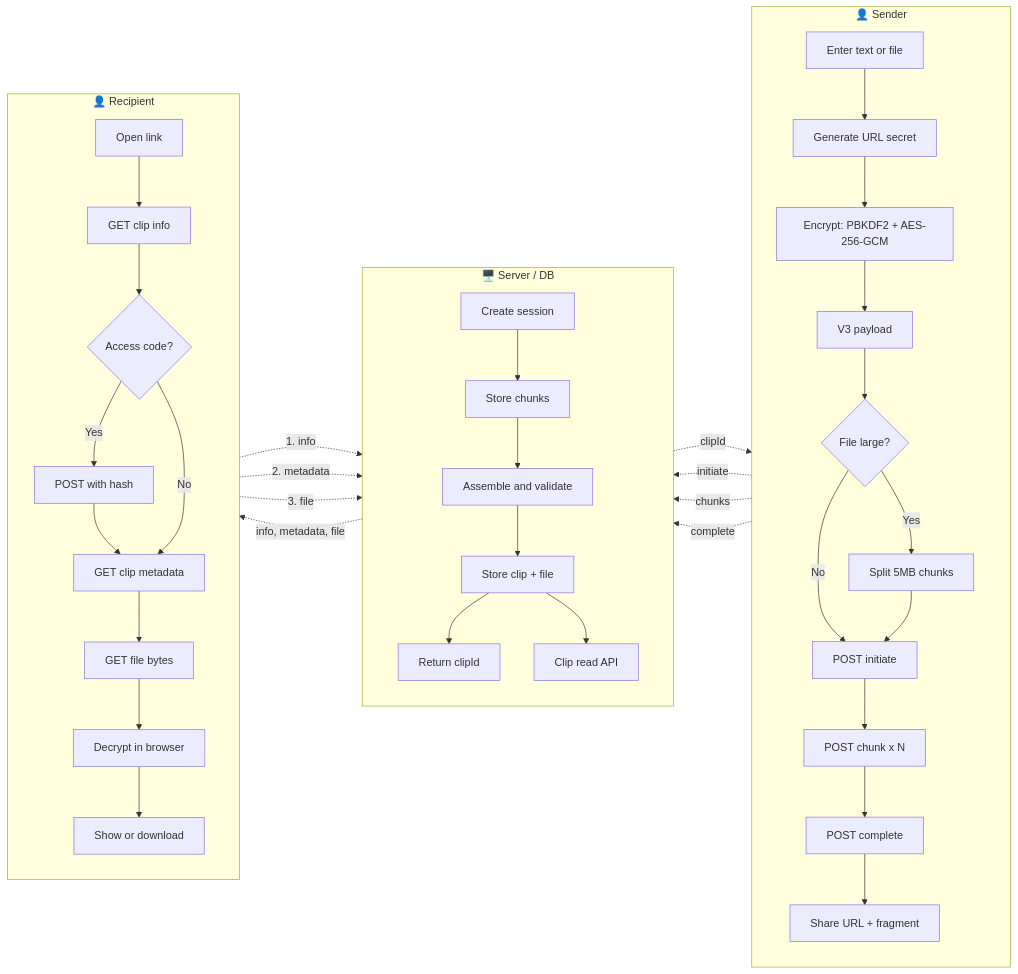
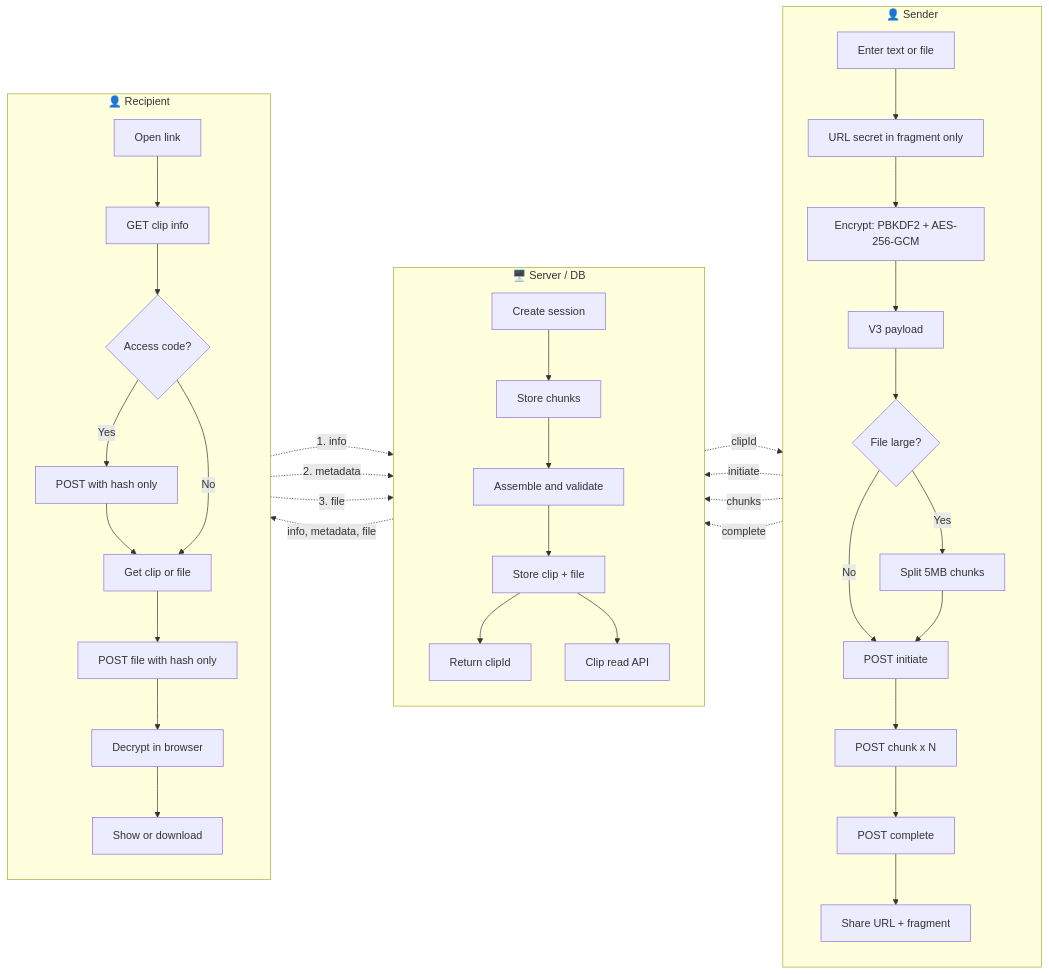
The diagram in README.md (Dropicx/qopy), drawn with Mermaid before and after one commit. The commit also changed other lines of this file and 7 other files, not shown here.

````diff
--- a/README.md
+++ b/README.md
@@ -9,58 +9,58 @@
 ```mermaid
 flowchart LR
     subgraph SENDER["👤 Sender"]
         direction TB
         A1[Enter text or file]
-        A2[Generate URL secret]
+        A2[URL secret in fragment only]
         A3[Encrypt: PBKDF2 + AES-256-GCM]
         A4[V3 payload]
         A5{File large?}
         A6[Split 5MB chunks]
         A7[POST initiate]
         A8[POST chunk x N]
         A9[POST complete]
         A10[Share URL + fragment]
         A1 --> A2 --> A3 --> A4 --> A5
         A5 -->|No| A7
         A5 -->|Yes| A6 --> A7
         A7 --> A8 --> A9 --> A10
     end
 
     subgraph SERVER["🖥️ Server / DB"]
         direction TB
         B1[Create session]
         B2[Store chunks]
         B3[Assemble and validate]
         B4[Store clip + file]
         B5[Return clipId]
         B_READ[Clip read API]
         B1 --> B2 --> B3 --> B4 --> B5
         B4 --> B_READ
     end
 
     subgraph RECIPIENT["👤 Recipient"]
         direction TB
         C1[Open link]
         C2[GET clip info]
         C3{Access code?}
-        C4[POST with hash]
-        C5[GET clip metadata]
-        C6[GET file bytes]
+        C4[POST with hash only]
+        C5[Get clip or file]
+        C6[POST file with hash only]
         C7[Decrypt in browser]
         C8[Show or download]
         C1 --> C2 --> C3
         C3 -->|Yes| C4 --> C5
         C3 -->|No| C5
         C5 --> C6 --> C7 --> C8
     end
 
     A7 -.->|initiate| B1
     A8 -.->|chunks| B2
     A9 -.->|complete| B3
     B5 -.->|clipId| A10
 
     C2 -.->|1. info| B_READ
     C5 -.->|2. metadata| B_READ
     C6 -.->|3. file| B_READ
     B_READ -.->|info, metadata, file| C6
 ```
````
